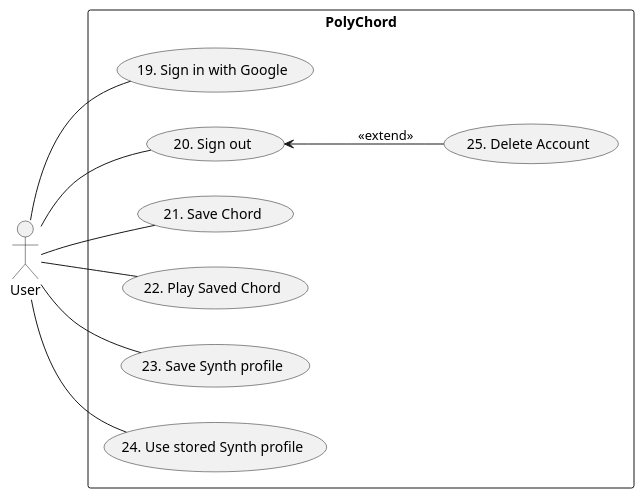
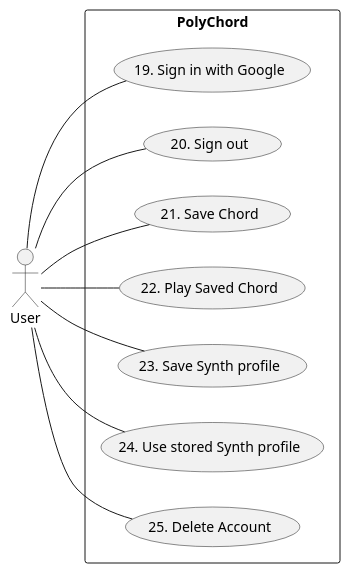
One commit to devinchristianson/daj changed the diagram in docs/uml/accountmanagementinterfaceUserCase.pu. Above: the diagram before and after it, drawn with PlantUML.

Commit message:
Update accountmanagementinterfaceUserCase.pu
Made delete account part of user, no longer extends sign out

```diff
--- a/docs/uml/accountmanagementinterfaceUserCase.pu
+++ b/docs/uml/accountmanagementinterfaceUserCase.pu
@@ -1,13 +1,13 @@
 @startuml
 left to right direction
 actor User
 rectangle PolyChord {
 User -- (19. Sign in with Google)
 User -- (20. Sign out)
 User -- (21. Save Chord)
 User -- (22. Play Saved Chord)
 User -- (23. Save Synth profile)
 User -- (24. Use stored Synth profile)
-(20. Sign out) <-- (25. Delete Account): <<extend>>
+User -- (25. Delete Account)
 }
 @enduml
```
